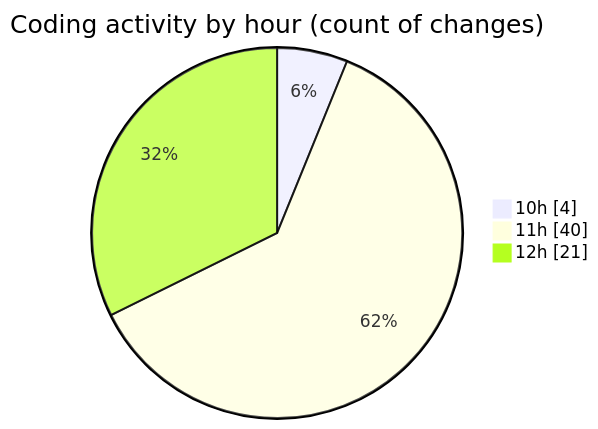
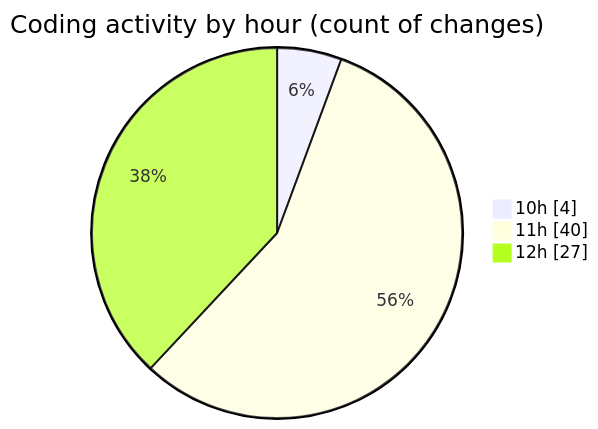
Before and after one commit to nxtqubesakshisongat/code-tracking: the second of 2 diagrams in 2025-07-28/nxtqube_webapp/README.md, drawn with Mermaid. The commit also changed other lines of this file and 1 other file, not shown here.

````diff
--- a/2025-07-28/nxtqube_webapp/README.md
+++ b/2025-07-28/nxtqube_webapp/README.md
@@ -54,7 +54,7 @@
 ```mermaid
 pie showData
 title Coding activity by hour (count of changes)
 "10h" : 4
 "11h" : 40
-"12h" : 21
+"12h" : 27
 ```
````
